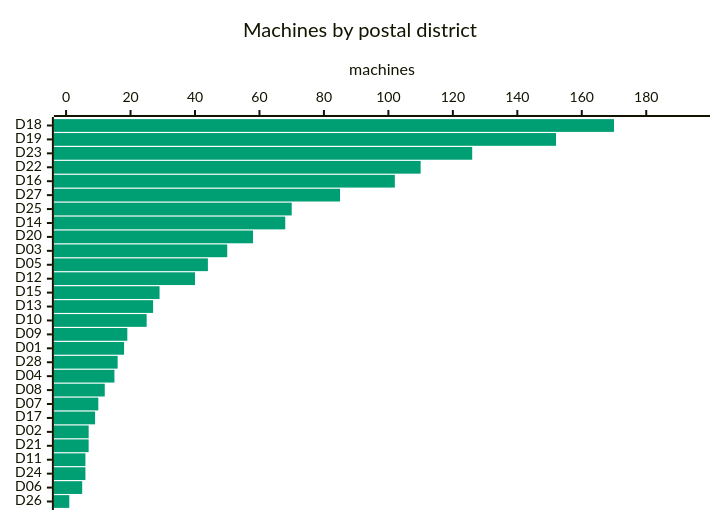
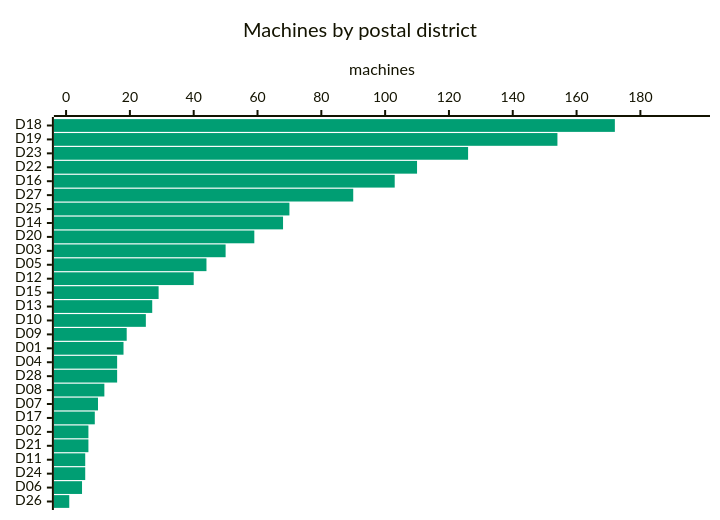
Before and after one commit to cheeaun/returnright-data: the fourth of 7 diagrams in ANALYSIS.md, drawn with Mermaid. The commit also changed other lines of this file and 3 other files, not shown here.

````diff
--- a/ANALYSIS.md
+++ b/ANALYSIS.md
@@ -122,16 +123,16 @@
 ```mermaid
 ---
 config:
   themeVariables:
     xyChart:
       plotColorPalette: "#009E73"
   xyChart:
     chartOrientation: "horizontal"
     plotReservedSpacePercent: 40
 ---
 xychart-beta
     title "Machines by postal district"
-    x-axis ["D18", "D19", "D23", "D22", "D16", "D27", "D25", "D14", "D20", "D03", "D05", "D12", "D15", "D13", "D10", "D09", "D01", "D28", "D04", "D08", "D07", "D17", "D02", "D21", "D11", "D24", "D06", "D26"]
-    y-axis "machines" 0 --> 196
-    bar [170, 152, 126, 110, 102, 85, 70, 68, 58, 50, 44, 40, 29, 27, 25, 19, 18, 16, 15, 12, 10, 9, 7, 7, 6, 6, 5, 1]
+    x-axis ["D18", "D19", "D23", "D22", "D16", "D27", "D25", "D14", "D20", "D03", "D05", "D12", "D15", "D13", "D10", "D09", "D01", "D04", "D28", "D08", "D07", "D17", "D02", "D21", "D11", "D24", "D06", "D26"]
+    y-axis "machines" 0 --> 198
+    bar [172, 154, 126, 110, 103, 90, 70, 68, 59, 50, 44, 40, 29, 27, 25, 19, 18, 16, 16, 12, 10, 9, 7, 7, 6, 6, 5, 1]
 ```
````
